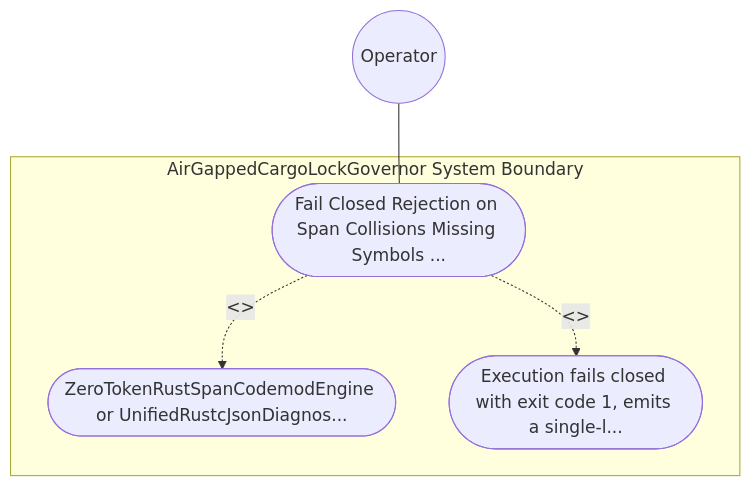
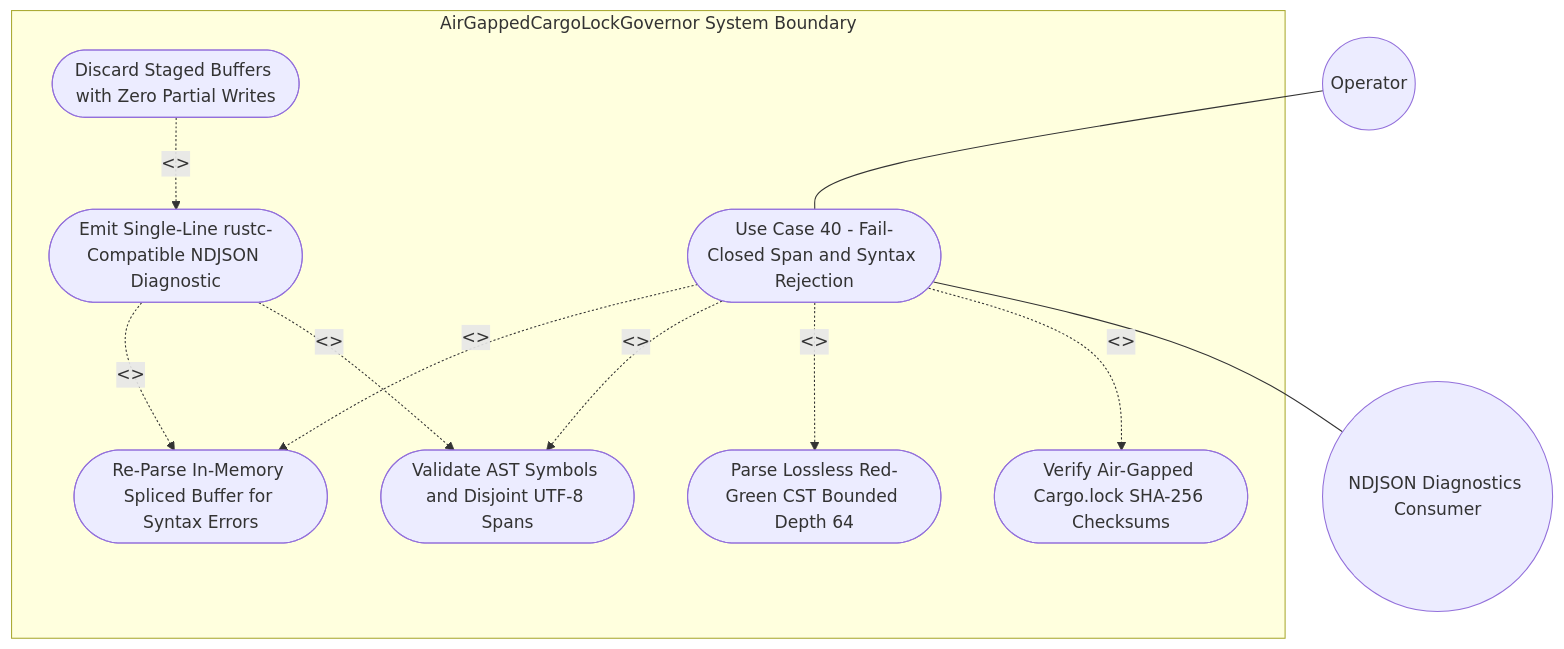
Before and after one commit to gintatkinson/DEAP01-spec-core: the diagram in .pipeline/upstream/docs/use-cases/UC-40-Fail_Closed_Rejection_on_Span_Collisions_Missing_Symbols_or_Post_Splice_Syntax_Errors.md, drawn with Mermaid. The commit also changed other lines of this file and 3 other files, not shown here.

````diff
--- a/.pipeline/upstream/docs/use-cases/UC-40-Fail_Closed_Rejection_on_Span_Collisions_Missing_Symbols_or_Post_Splice_Syntax_Errors.md
+++ b/.pipeline/upstream/docs/use-cases/UC-40-Fail_Closed_Rejection_on_Span_Collisions_Missing_Symbols_or_Post_Splice_Syntax_Errors.md
@@ -16,11 +21,21 @@
 ```mermaid
 graph TD
     subgraph "AirGappedCargoLockGovernor System Boundary"
-        UC_Main(["Fail Closed Rejection on Span Collisions Missing Symbols ..."])
-        UC_Step01(["ZeroTokenRustSpanCodemodEngine or UnifiedRustcJsonDiagnos..."])
-        UC_Step02(["Execution fails closed with exit code 1, emits a single-l..."])
+        UC_Main(["Use Case 40 - Fail-Closed Span and Syntax Rejection"])
+        UC_Lock(["Verify Air-Gapped Cargo.lock SHA-256 Checksums"])
+        UC_Parse(["Parse Lossless Red-Green CST Bounded Depth 64"])
+        UC_Validate(["Validate AST Symbols and Disjoint UTF-8 Spans"])
+        UC_Reparse(["Re-Parse In-Memory Spliced Buffer for Syntax Errors"])
+        UC_Emit(["Emit Single-Line rustc-Compatible NDJSON Diagnostic"])
+        UC_Rollback(["Discard Staged Buffers with Zero Partial Writes"])
     end
     Operator(("Operator")) --- UC_Main
-    UC_Main -. "<<include>>" .-> UC_Step01
-    UC_Main -. "<<include>>" .-> UC_Step02
+    UC_Main --- NdjsonConsumer(("NDJSON Diagnostics Consumer"))
+    UC_Main -. "<<include>>" .-> UC_Lock
+    UC_Main -. "<<include>>" .-> UC_Parse
+    UC_Main -. "<<include>>" .-> UC_Validate
+    UC_Main -. "<<include>>" .-> UC_Reparse
+    UC_Emit -. "<<extend>>" .-> UC_Validate
+    UC_Emit -. "<<extend>>" .-> UC_Reparse
+    UC_Rollback -. "<<include>>" .-> UC_Emit
 ```
````
